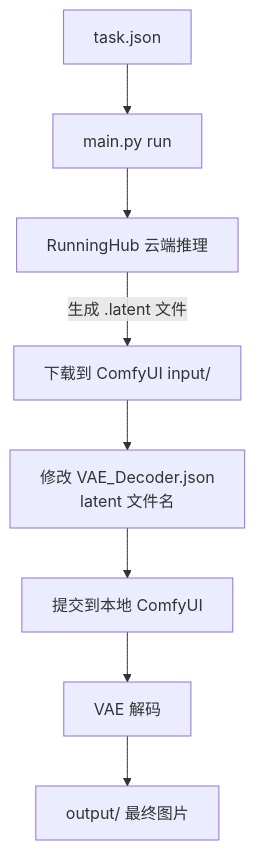
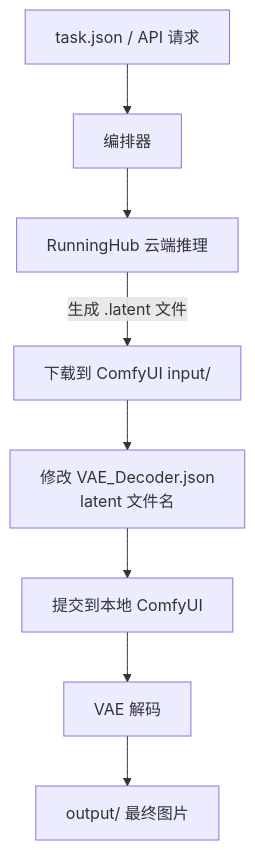
One commit to c1921/Hood changed the diagram in README.md. Above: the diagram before and after it, drawn with Mermaid. The commit also changed other lines of this file and 7 other files, not shown here.

````diff
--- a/README.md
+++ b/README.md
@@ -111,10 +272,10 @@
 ```mermaid
 flowchart TD
-    A[task.json] --> B[main.py run]
+    A[task.json / API 请求] --> B[编排器]
     B --> C[RunningHub 云端推理]
     C -->|生成 .latent 文件| D[下载到 ComfyUI input/]
     D --> E[修改 VAE_Decoder.json<br>latent 文件名]
     E --> F[提交到本地 ComfyUI]
     F --> G[VAE 解码]
     G --> H[output/ 最终图片]
 ```
````
